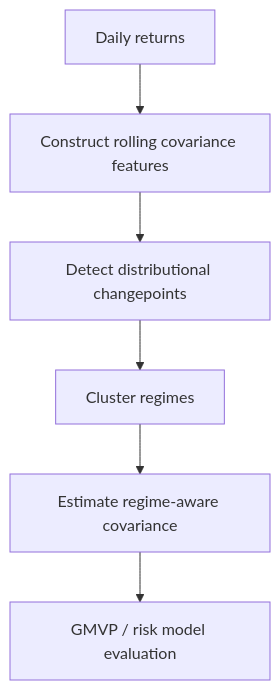
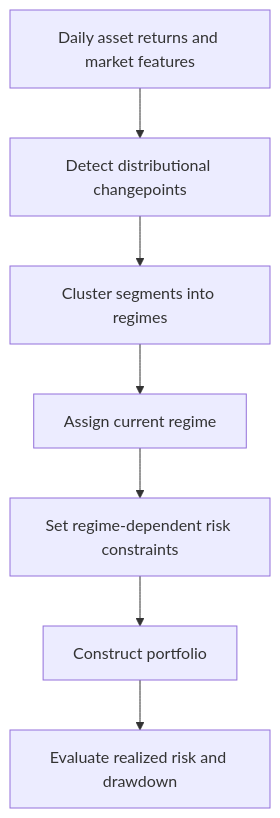
Before and after one commit to gigichen880/changept-detection: the second of 2 diagrams in proposal.md, drawn with Mermaid. The commit also changed other lines of this file, not shown here.

Commit message:
ideadump: rerank post-regime experiments

````diff
--- a/proposal.md
+++ b/proposal.md
@@ -715,8 +759,9 @@
 ```mermaid
 flowchart TD
-    A[Daily returns] --> B[Construct rolling covariance features]
-    B --> C[Detect distributional changepoints]
-    C --> D[Cluster regimes]
-    D --> E[Estimate regime-aware covariance]
-    E --> F[GMVP / risk model evaluation]
+    A[Daily asset returns and market features] --> B[Detect distributional changepoints]
+    B --> C[Cluster segments into regimes]
+    C --> D[Assign current regime]
+    D --> E[Set regime-dependent risk constraints]
+    E --> F[Construct portfolio]
+    F --> G[Evaluate realized risk and drawdown]
 ```
````
